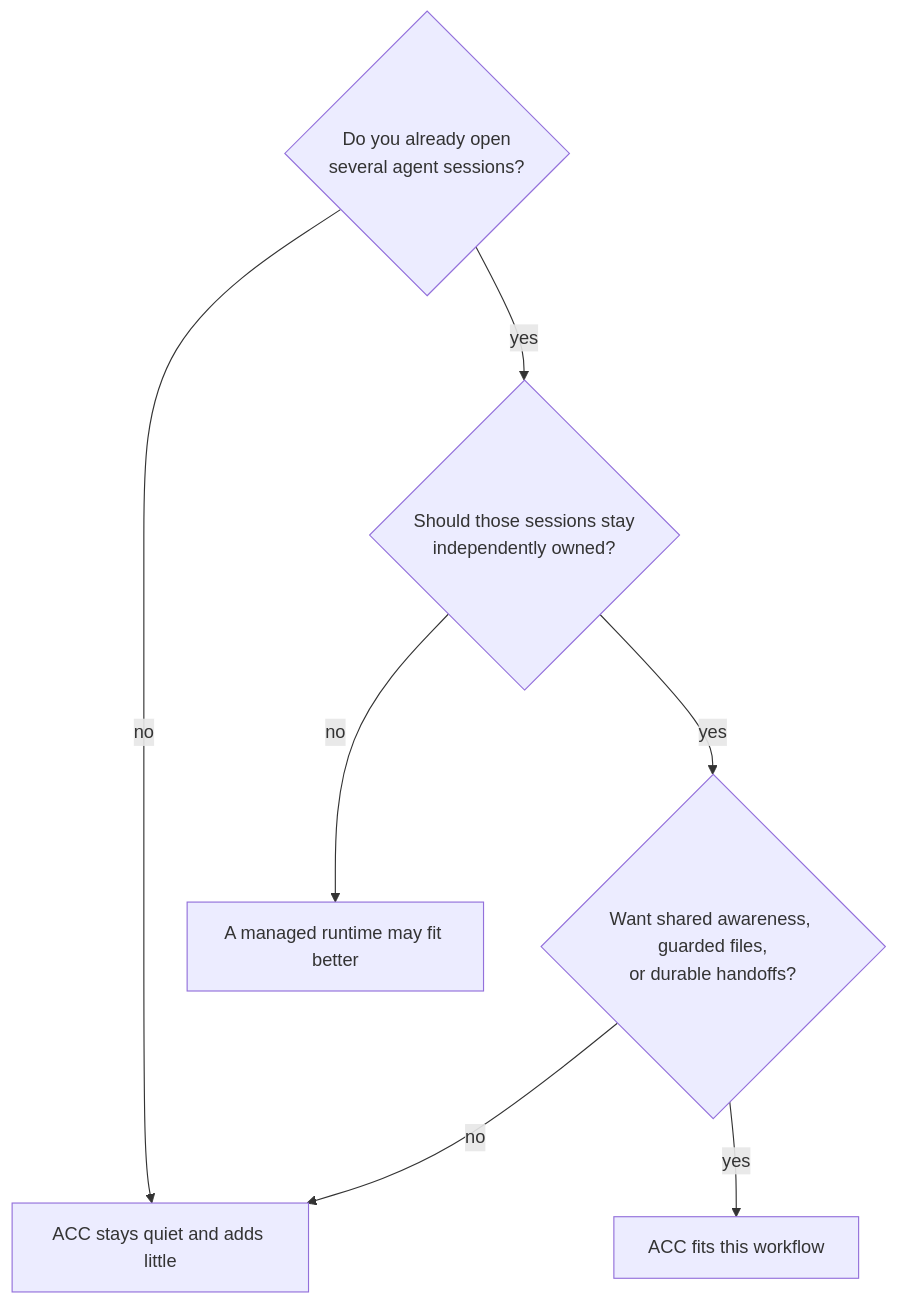
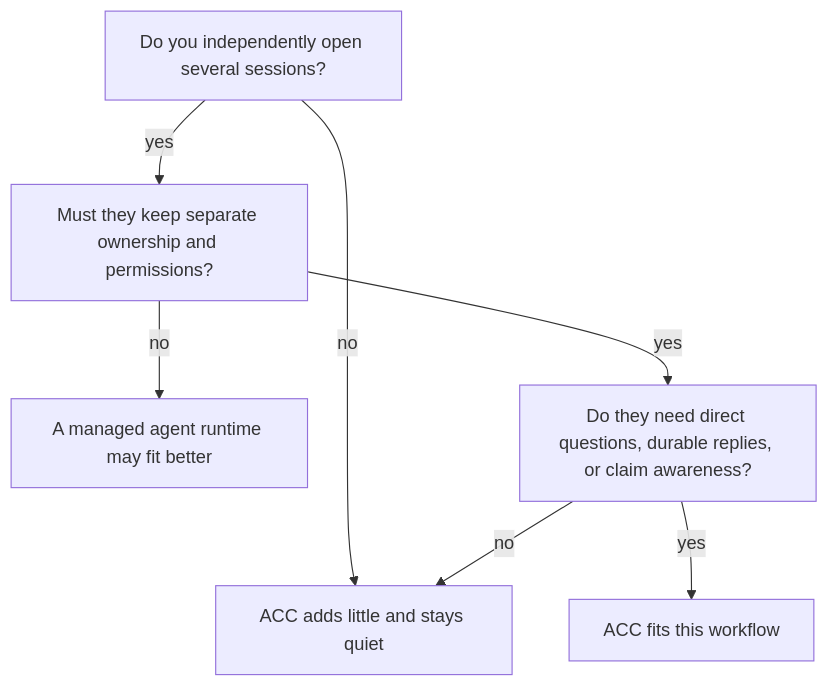
One commit to automatis-tools/agents-can-communicate changed the diagram in docs/WHY_ACC.md. Above: the diagram before and after it, drawn with Mermaid. The commit also changed other lines of this file and 21 other files, not shown here.

````diff
--- a/docs/WHY_ACC.md
+++ b/docs/WHY_ACC.md
@@ -17,9 +15,9 @@
 ```mermaid
 flowchart TD
-  A{Do you already open<br/>several agent sessions?} -->|no| N[ACC stays quiet and adds little]
-  A -->|yes| B{Should those sessions stay<br/>independently owned?}
-  B -->|no| M[A managed runtime may fit better]
-  B -->|yes| C{Want shared awareness, guarded files,<br/>or durable handoffs?}
+  A["Do you independently open several sessions?"] -->|no| N["ACC adds little and stays quiet"]
+  A -->|yes| B["Must they keep separate ownership and permissions?"]
+  B -->|no| M["A managed agent runtime may fit better"]
+  B -->|yes| C["Do they need direct questions, durable replies, or claim awareness?"]
+  C -->|yes| Y["ACC fits this workflow"]
   C -->|no| N
-  C -->|yes| Y[ACC fits this workflow]
 ```
````
